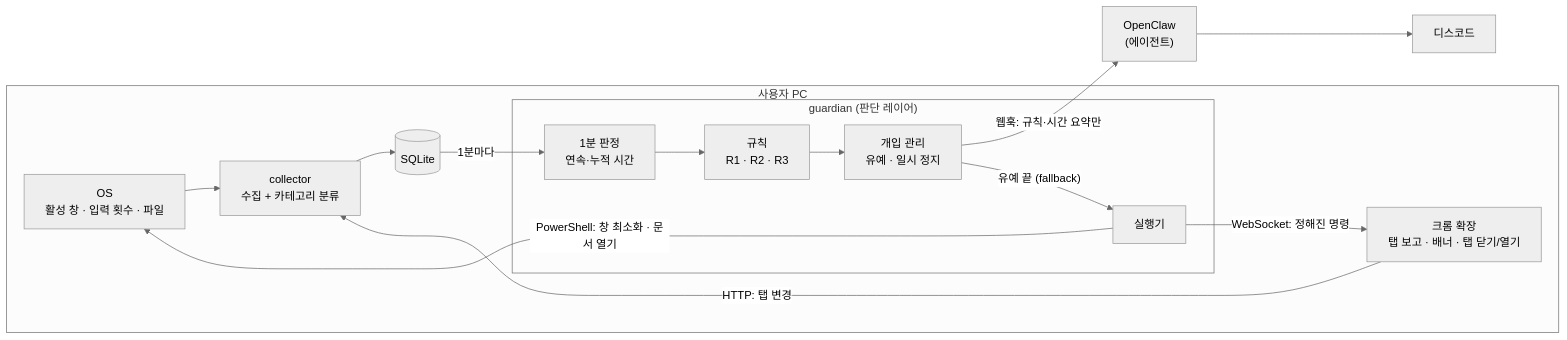
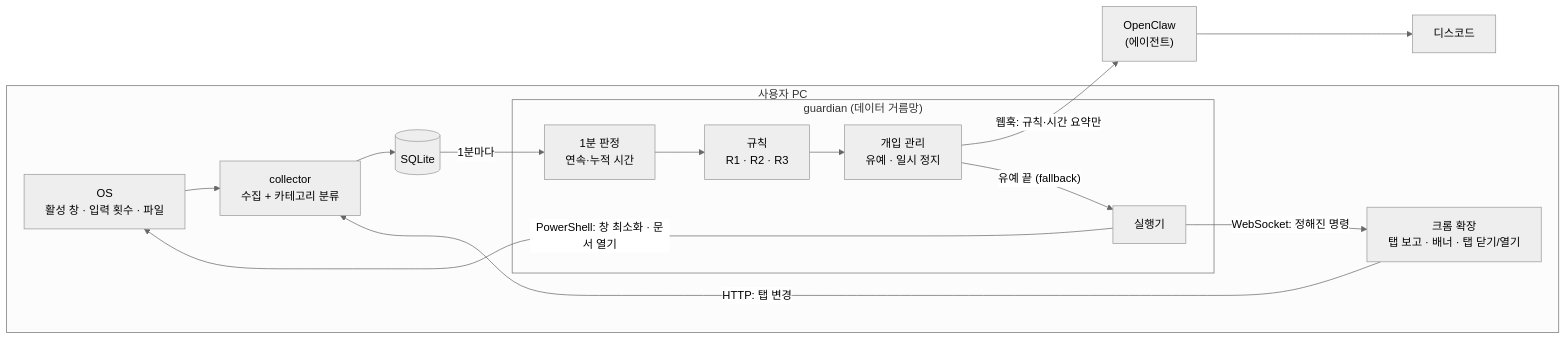
Before and after one commit to hjdd0309/pattern-bridge: the diagram in README.md, drawn with Mermaid (neutral theme). The commit also changed other lines of this file, not shown here.

First line of the commit message:
docs: README를 '패턴브릿지 거름망 + 바른생활 특성 = 바른생활지킴이' 흐름으로 정리

````diff
--- a/README.md
+++ b/README.md
@@ -80,27 +90,27 @@
 ```mermaid
 flowchart LR
   subgraph PC["사용자 PC"]
     OS["OS<br>활성 창 · 입력 횟수 · 파일"]
     EXT["크롬 확장<br>탭 보고 · 배너 · 탭 닫기/열기"]
     COL["collector<br>수집 + 카테고리 분류"]
     DB[("SQLite")]
-    subgraph GUA["guardian (판단 레이어)"]
+    subgraph GUA["guardian (데이터 거름망)"]
       JUDGE["1분 판정<br>연속·누적 시간"]
       RULES["규칙<br>R1 · R2 · R3"]
       MGR["개입 관리<br>유예 · 일시 정지"]
       EXEC["실행기"]
     end
   end
   OC["OpenClaw<br>(에이전트)"]
   DC["디스코드"]
 
   OS --> COL
   EXT -- "HTTP: 탭 변경" --> COL
   COL --> DB
   DB -- "1분마다" --> JUDGE
   JUDGE --> RULES --> MGR
   MGR -- "웹훅: 규칙·시간 요약만" --> OC --> DC
   MGR -- "유예 끝 (fallback)" --> EXEC
   EXEC -- "WebSocket: 정해진 명령" --> EXT
   EXEC -- "PowerShell: 창 최소화 · 문서 열기" --> OS
 ```
````
